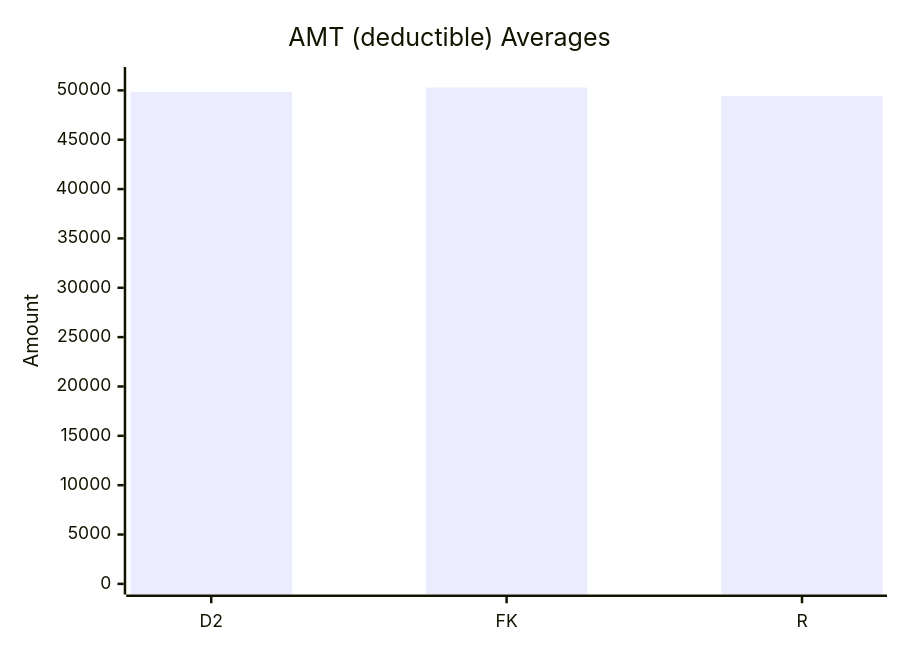
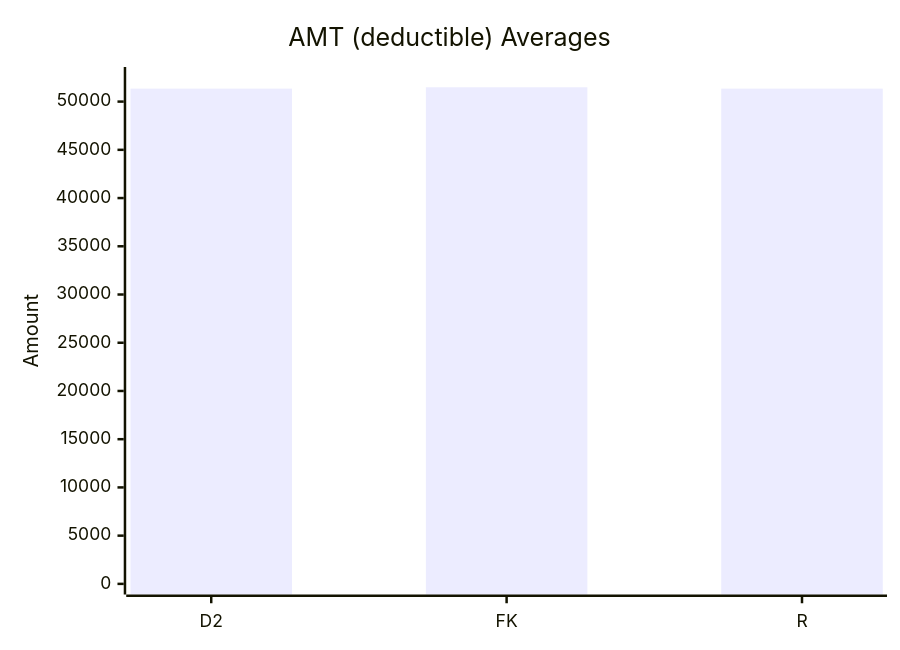
Before and after one commit to dhagan-va/intern-2025: the ninth of 10 diagrams in test-tools/DataGen/src/Statistics_Visualizer.md, drawn with Mermaid. The commit also changed other lines of this file and 1 other file, not shown here.

````diff
--- a/test-tools/DataGen/src/Statistics_Visualizer.md
+++ b/test-tools/DataGen/src/Statistics_Visualizer.md
@@ -96,7 +96,7 @@
 ```mermaid
 xychart-beta
     title "AMT (deductible) Averages"
     x-axis ["D2", "FK", "R"]
-    y-axis "Amount" 0 --> 51291.69823920268
-    bar [49849.246112956804, 50291.69823920268, 49418.41229235879]
+    y-axis "Amount" 0 --> 52485.57920792081
+    bar [51343.96504950496, 51485.57920792081, 51347.26158415841]
 ```
````
